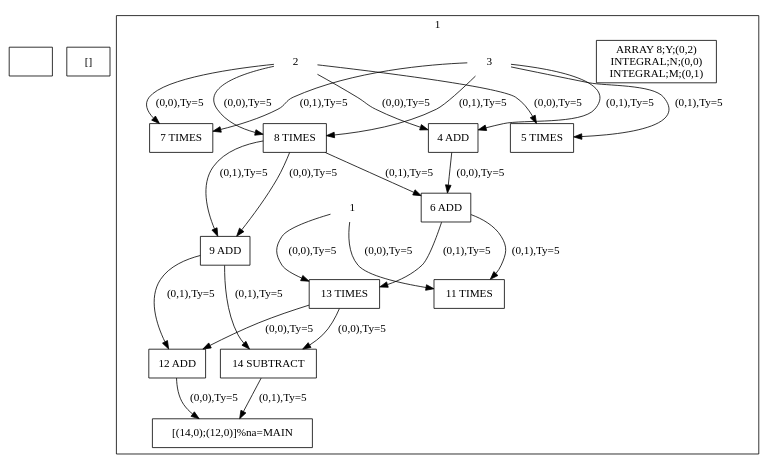
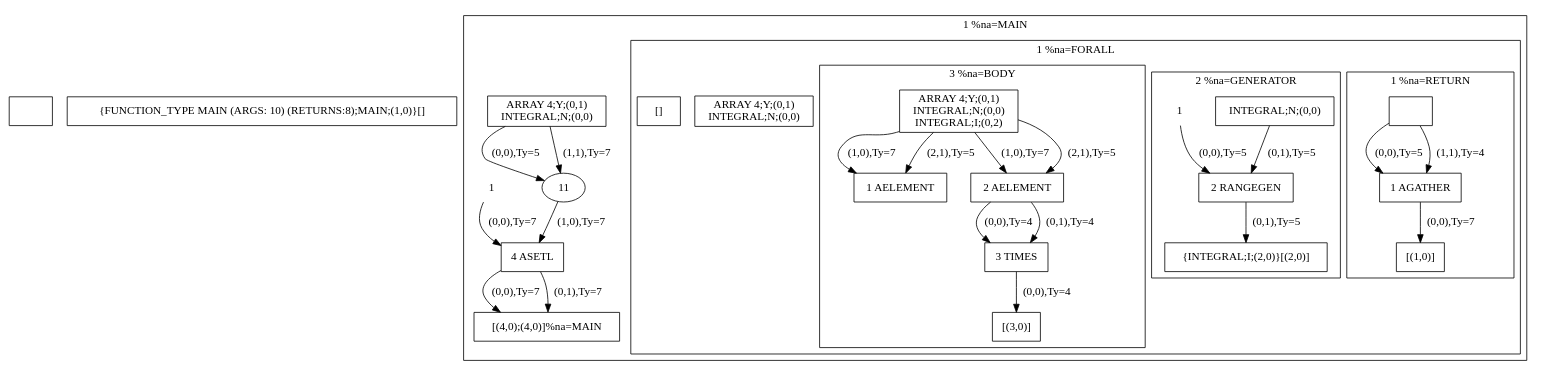
One commit to qram9/sisal changed the diagram in out.dot. Above: the diagram before and after it, drawn with Graphviz. The commit also changed 3 other files, not shown here.

```diff
--- a/out.dot
+++ b/out.dot
@@ -1,44 +1,56 @@
 digraph R {
 newrank=true;
 IN00 [shape=rect;label=""];
-OUT00 [shape=rect;label="[]"];
+OUT00 [shape=rect;label="{FUNCTION_TYPE MAIN (ARGS: 10) (RETURNS:8);MAIN;(1,0)}[]"];
 subgraph cluster_01 {
-label="1 ";
-IN01 [shape=rect;label="ARRAY 8;Y;(0,2)\nINTEGRAL;N;(0,0)\nINTEGRAL;M;(0,1)"];
-OUT01 [shape=rect;label="[(14,0);(12,0)]%na=MAIN"];
-11 [shape=plaintext;label="1"];
-12 [shape=plaintext;label="2"];
-13 [shape=plaintext;label="3"];
-14 [shape=rect;label="4 ADD"];
-15 [shape=rect;label="5 TIMES"];
-16 [shape=rect;label="6 ADD"];
-17 [shape=rect;label="7 TIMES"];
-18 [shape=rect;label="8 TIMES"];
-19 [shape=rect;label="9 ADD"];
-111 [shape=rect;label="11 TIMES"];
-112 [shape=rect;label="12 ADD"];
-113 [shape=rect;label="13 TIMES"];
-114 [shape=rect;label="14 SUBTRACT"]
-11 ->  111 [label="(0,0),Ty=5"]
-11 ->  113 [label="(0,0),Ty=5"]
-12 ->  14 [label="(0,0),Ty=5"]
-12 ->  15 [label="(0,0),Ty=5"]
-12 ->  17 [label="(0,0),Ty=5"]
-12 ->  18 [label="(0,0),Ty=5"]
-13 ->  14 [label="(0,1),Ty=5"]
-13 ->  15 [label="(0,1),Ty=5"]
-13 ->  17 [label="(0,1),Ty=5"]
-13 ->  18 [label="(0,1),Ty=5"]
-14 ->  16 [label="(0,0),Ty=5"]
-16 ->  111 [label="(0,1),Ty=5"]
-16 ->  113 [label="(0,1),Ty=5"]
-18 ->  16 [label="(0,1),Ty=5"]
-18 ->  19 [label="(0,0),Ty=5"]
-18 ->  19 [label="(0,1),Ty=5"]
-19 ->  112 [label="(0,1),Ty=5"]
-19 ->  114 [label="(0,1),Ty=5"]
-112 ->  OUT01 [label="(0,0),Ty=5"]
-113 ->  112 [label="(0,0),Ty=5"]
-113 ->  114 [label="(0,0),Ty=5"]
-114 ->  OUT01 [label="(0,1),Ty=5"]
+label="1 %na=MAIN";
+IN01 [shape=rect;label="ARRAY 4;Y;(0,1)\nINTEGRAL;N;(0,0)"];
+OUT01 [shape=rect;label="[(4,0);(4,0)]%na=MAIN"];
+subgraph cluster_11 {
+label="1 %na=FORALL";
+IN011 [shape=rect;label="ARRAY 4;Y;(0,1)\nINTEGRAL;N;(0,0)"];
+OUT011 [shape=rect;label="[]"];
+subgraph cluster_111 {
+label="1 %na=RETURN";
+IN0111 [shape=rect;label=""];
+OUT0111 [shape=rect;label="[(1,0)]"];
+1111 [shape=rect;label="1 AGATHER"]
+IN0111 ->  1111 [label="(0,0),Ty=5"]
+IN0111 ->  1111 [label="(1,1),Ty=4"]
+1111 ->  OUT0111 [label="(0,0),Ty=7"]
+};
+subgraph cluster_112 {
+label="2 %na=GENERATOR";
+IN0112 [shape=rect;label="INTEGRAL;N;(0,0)"];
+OUT0112 [shape=rect;label="{INTEGRAL;I;(2,0)}[(2,0)]"];
+1121 [shape=plaintext;label="1"];
+1122 [shape=rect;label="2 RANGEGEN"]
+IN0112 ->  1122 [label="(0,1),Ty=5"]
+1121 ->  1122 [label="(0,0),Ty=5"]
+1122 ->  OUT0112 [label="(0,1),Ty=5"]
+};
+subgraph cluster_113 {
+label="3 %na=BODY";
+IN0113 [shape=rect;label="ARRAY 4;Y;(0,1)\nINTEGRAL;N;(0,0)\nINTEGRAL;I;(0,2)"];
+OUT0113 [shape=rect;label="[(3,0)]"];
+1131 [shape=rect;label="1 AELEMENT"];
+1132 [shape=rect;label="2 AELEMENT"];
+1133 [shape=rect;label="3 TIMES"]
+IN0113 ->  1131 [label="(1,0),Ty=7"]
+IN0113 ->  1131 [label="(2,1),Ty=5"]
+IN0113 ->  1132 [label="(1,0),Ty=7"]
+IN0113 ->  1132 [label="(2,1),Ty=5"]
+1132 ->  1133 [label="(0,0),Ty=4"]
+1132 ->  1133 [label="(0,1),Ty=4"]
+1133 ->  OUT0113 [label="(0,0),Ty=4"]
+}
+};
+13 [shape=plaintext;label="1"];
+14 [shape=rect;label="4 ASETL"]
+IN01 ->  11 [label="(0,0),Ty=5"]
+IN01 ->  11 [label="(1,1),Ty=7"]
+11 ->  14 [label="(1,0),Ty=7"]
+13 ->  14 [label="(0,0),Ty=7"]
+14 ->  OUT01 [label="(0,0),Ty=7"]
+14 ->  OUT01 [label="(0,1),Ty=7"]
 }}
```
